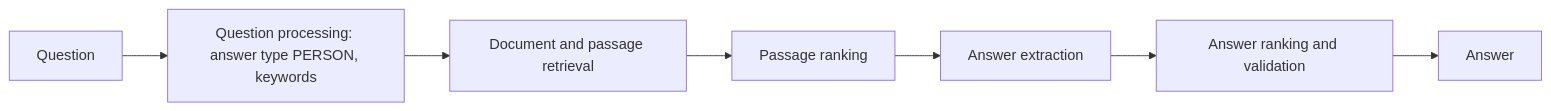
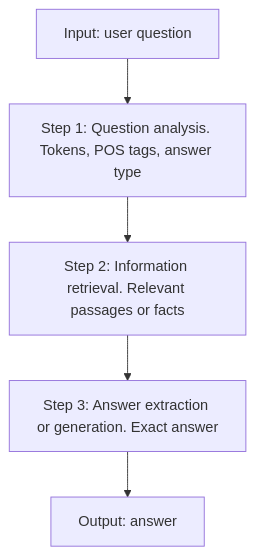
The diagram in content/natural-language-processing/pyq/2025-05-ce/q6b.mdx (TrendySloth1001/sem-seven-notes), drawn with Mermaid before and after one commit. The commit also changed other lines of this file and 406 other files, not shown here.

````diff
--- a/content/natural-language-processing/pyq/2025-05-ce/q6b.mdx
+++ b/content/natural-language-processing/pyq/2025-05-ce/q6b.mdx
@@ -13,10 +15,8 @@
 ```mermaid
-%% caption: Pipeline of a QA system with the question 'Who invented the telephone?' as the example.
-flowchart LR
-  Q["Question"] --> QP["Question processing: answer type PERSON, keywords"]
-  QP --> DR["Document and passage retrieval"]
-  DR --> PR["Passage ranking"]
-  PR --> AE["Answer extraction"]
-  AE --> AR["Answer ranking and validation"]
-  AR --> ANS["Answer"]
+%% caption: The QA algorithm step by step, with what each step produces.
+flowchart TD
+  Q["Input: user question"] --> A["Step 1: Question analysis. Tokens, POS tags, answer type"]
+  A --> B["Step 2: Information retrieval. Relevant passages or facts"]
+  B --> C["Step 3: Answer extraction or generation. Exact answer"]
+  C --> D["Output: answer"]
 ```
````
